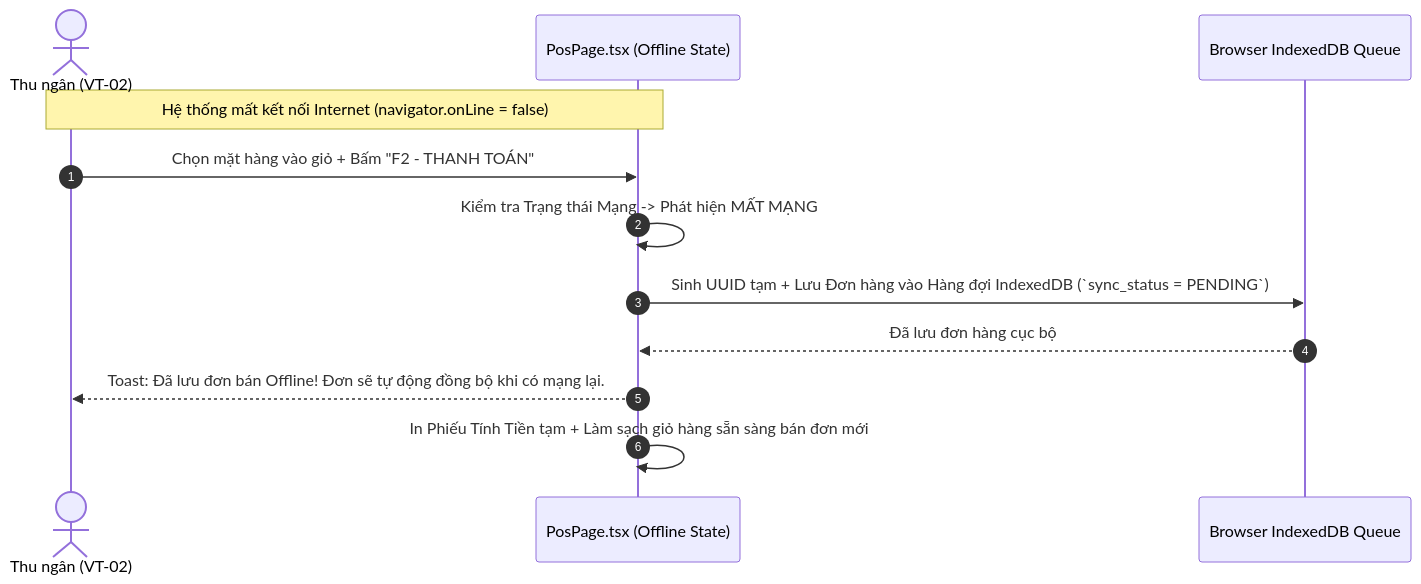
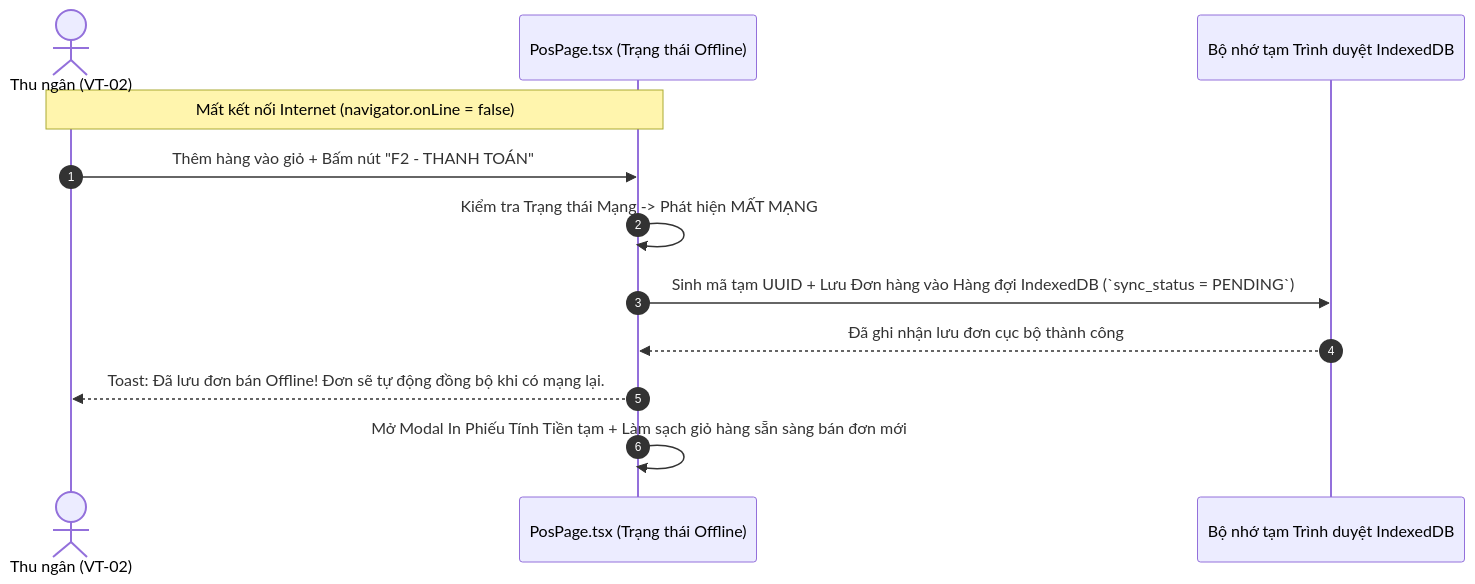
Before and after one commit to lean1835/BanHangViet: the tenth of 34 diagrams in architecture/full_screen_activity_flows.md, drawn with Mermaid. The commit also changed other lines of this file, not shown here.

Commit message:
refactor(docs): update full_screen_activity_flows to pure UI/UX screen activity flows

````diff
--- a/architecture/full_screen_activity_flows.md
+++ b/architecture/full_screen_activity_flows.md
@@ -321,15 +301,15 @@
 ```mermaid
 sequenceDiagram
     autonumber
     actor Cashier as Thu ngân (VT-02)
-    participant UI as PosPage.tsx (Offline State)
-    participant IDB as Browser IndexedDB Queue
+    participant UI as PosPage.tsx (Trạng thái Offline)
+    participant IDB as Bộ nhớ tạm Trình duyệt IndexedDB
     
-    Note over Cashier, UI: Hệ thống mất kết nối Internet (navigator.onLine = false)
-    Cashier->>UI: Chọn mặt hàng vào giỏ + Bấm "F2 - THANH TOÁN"
+    Note over Cashier, UI: Mất kết nối Internet (navigator.onLine = false)
+    Cashier->>UI: Thêm hàng vào giỏ + Bấm nút "F2 - THANH TOÁN"
     UI->>UI: Kiểm tra Trạng thái Mạng -> Phát hiện MẤT MẠNG
-    UI->>IDB: Sinh UUID tạm + Lưu Đơn hàng vào Hàng đợi IndexedDB (`sync_status = PENDING`)
-    IDB-->>UI: Đã lưu đơn hàng cục bộ
+    UI->>IDB: Sinh mã tạm UUID + Lưu Đơn hàng vào Hàng đợi IndexedDB (`sync_status = PENDING`)
+    IDB-->>UI: Đã ghi nhận lưu đơn cục bộ thành công
     UI-->>Cashier: Toast: Đã lưu đơn bán Offline! Đơn sẽ tự động đồng bộ khi có mạng lại.
-    UI->>UI: In Phiếu Tính Tiền tạm + Làm sạch giỏ hàng sẵn sàng bán đơn mới
+    UI->>UI: Mở Modal In Phiếu Tính Tiền tạm + Làm sạch giỏ hàng sẵn sàng bán đơn mới
 ```
````
